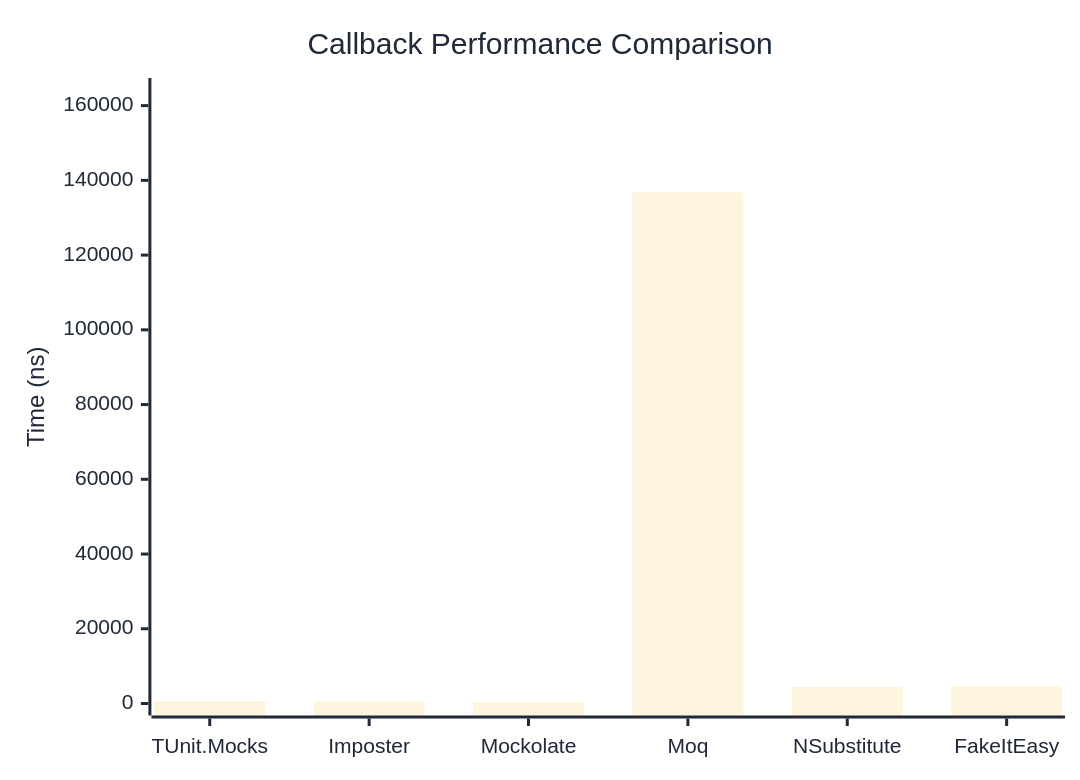
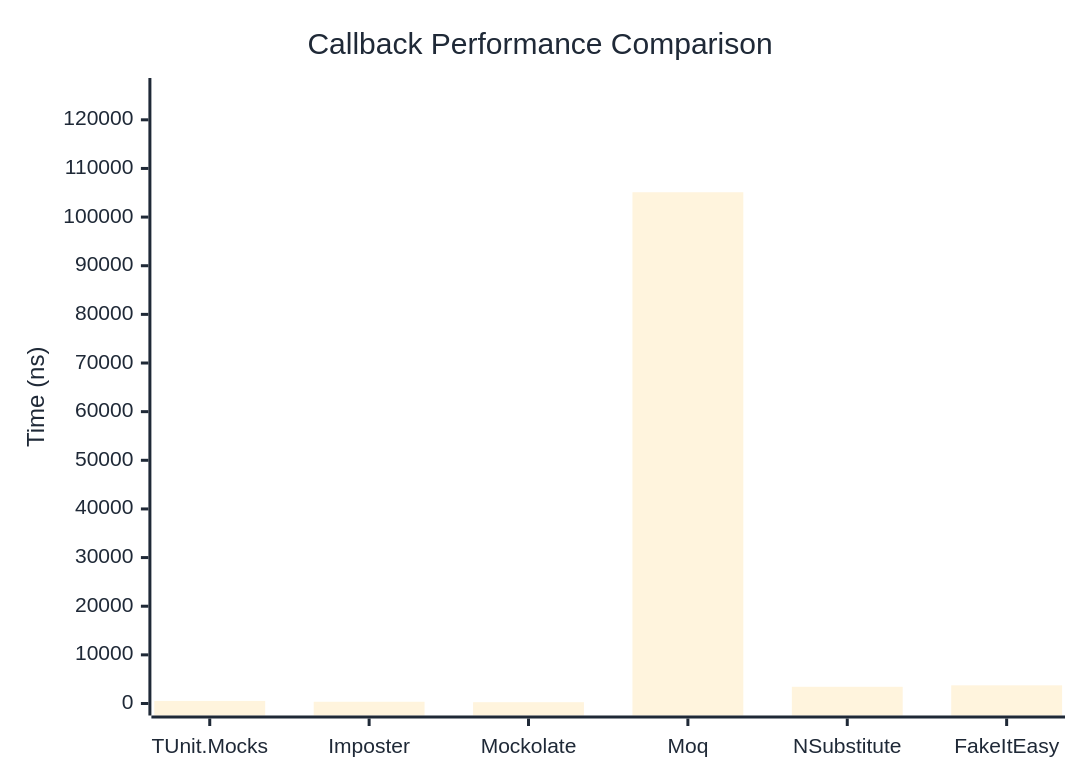
Before and after one commit to thomhurst/TUnit: the first of 2 diagrams in docs/docs/benchmarks/mocks/Callback.md, drawn with Mermaid. The commit also changed other lines of this file and 14 other files, not shown here.

````diff
--- a/docs/docs/benchmarks/mocks/Callback.md
+++ b/docs/docs/benchmarks/mocks/Callback.md
@@ -30,27 +30,27 @@
 ```mermaid
 %%{init: {
   'theme':'base',
   'themeVariables': {
     'primaryColor': '#2563eb',
     'primaryTextColor': '#1f2937',
     'primaryBorderColor': '#1e40af',
     'lineColor': '#6b7280',
     'secondaryColor': '#7c3aed',
     'tertiaryColor': '#dc2626',
     'background': '#ffffff',
     'pie1': '#2563eb',
     'pie2': '#7c3aed',
     'pie3': '#dc2626',
     'pie4': '#f59e0b',
     'pie5': '#10b981',
     'pie6': '#06b6d4',
     'pie7': '#ec4899',
     'pie8': '#6366f1'
   }
 }}%%
 xychart-beta
   title "Callback Performance Comparison"
   x-axis ["TUnit.Mocks", "Imposter", "Mockolate", "Moq", "NSubstitute", "FakeItEasy"]
-  y-axis "Time (ns)" 0 --> 164184
-  bar [657.6, 463, 343.5, 136819.7, 4397.9, 4632.3]
+  y-axis "Time (ns)" 0 --> 126128
+  bar [526.1, 357.7, 266.7, 105106.3, 3433.5, 3735.9]
 ```
````
